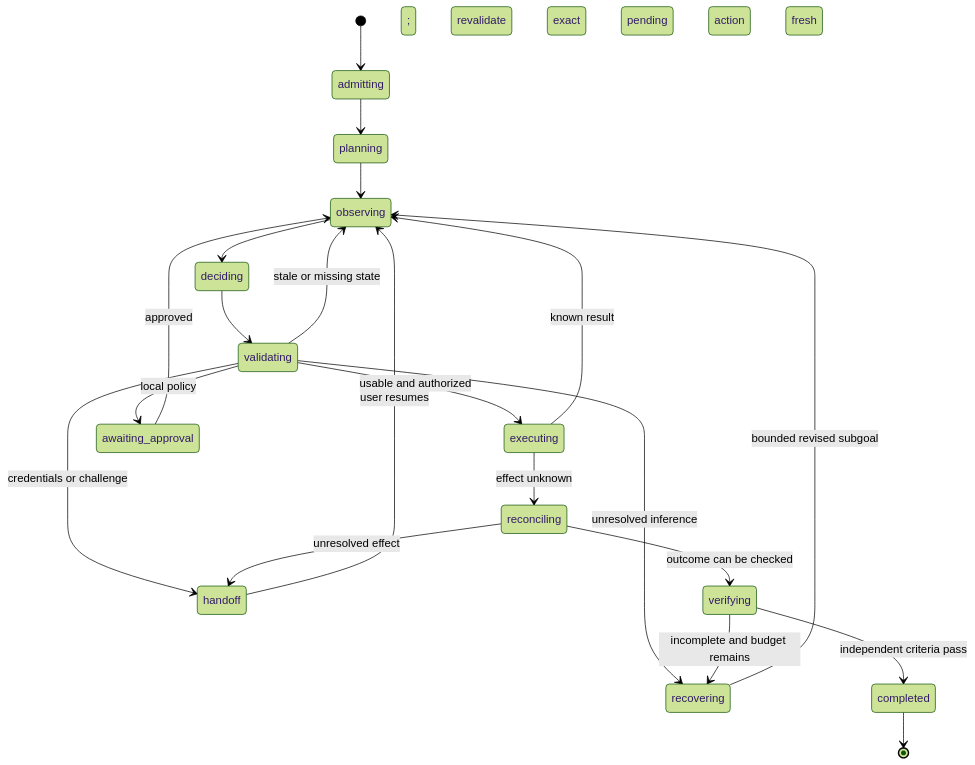
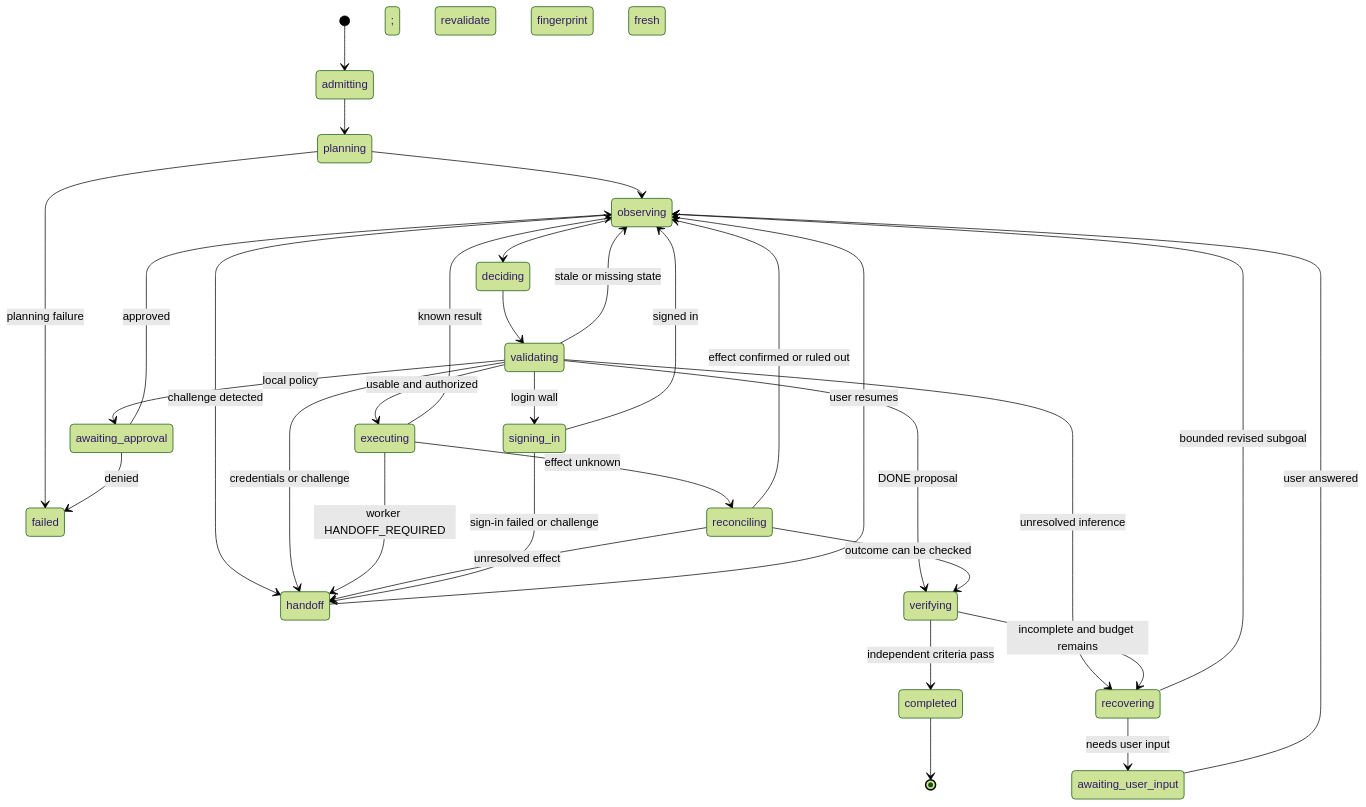
The second of 2 diagrams in docs/prd/browser-decision-acceleration-technical-design.md (robertzengcn/aiFetchly), drawn with Mermaid (forest theme) before and after one commit. The commit also changed other lines of this file and 1 other file, not shown here.

````diff
--- a/docs/prd/browser-decision-acceleration-technical-design.md
+++ b/docs/prd/browser-decision-acceleration-technical-design.md
@@ -194,24 +282,35 @@
 ```mermaid
 stateDiagram-v2
     [*] --> admitting
     admitting --> planning
     planning --> observing
+    planning --> failed: planning failure
     observing --> deciding
+    observing --> handoff: challenge detected
     deciding --> validating
     validating --> executing: usable and authorized
     validating --> observing: stale or missing state
     validating --> recovering: unresolved inference
     validating --> awaiting_approval: local policy
+    validating --> signing_in: login wall
     validating --> handoff: credentials or challenge
+    validating --> verifying: DONE proposal
     executing --> observing: known result
     executing --> reconciling: effect unknown
+    executing --> handoff: worker HANDOFF_REQUIRED
+    reconciling --> observing: effect confirmed or ruled out
     reconciling --> verifying: outcome can be checked
     reconciling --> handoff: unresolved effect
     recovering --> observing: bounded revised subgoal
-    awaiting_approval --> observing: approved; revalidate exact pending action
+    recovering --> awaiting_user_input: needs user input
+    awaiting_user_input --> observing: user answered
+    awaiting_approval --> observing: approved; revalidate fingerprint
+    awaiting_approval --> failed: denied
+    signing_in --> observing: signed in
+    signing_in --> handoff: sign-in failed or challenge
     handoff --> observing: user resumes; fresh state
-    validating --> verifying: DONE proposal
+    handoff --> interrupted: handoff expired
     verifying --> completed: independent criteria pass
     verifying --> recovering: incomplete and budget remains
     completed --> [*]
 ```
````
